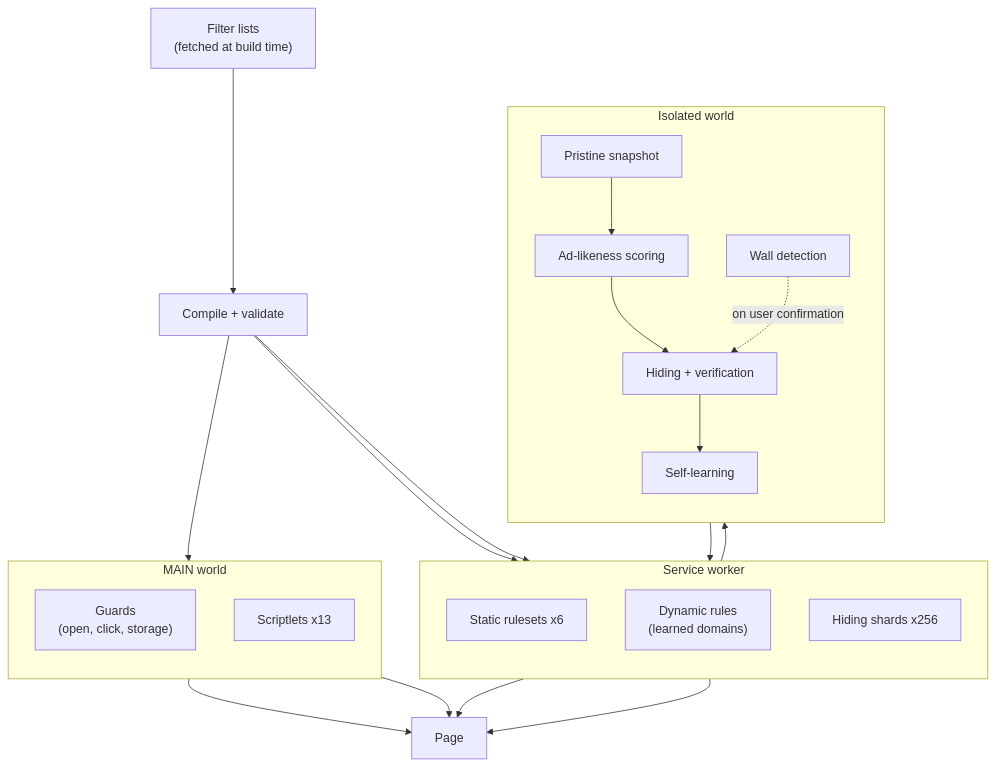
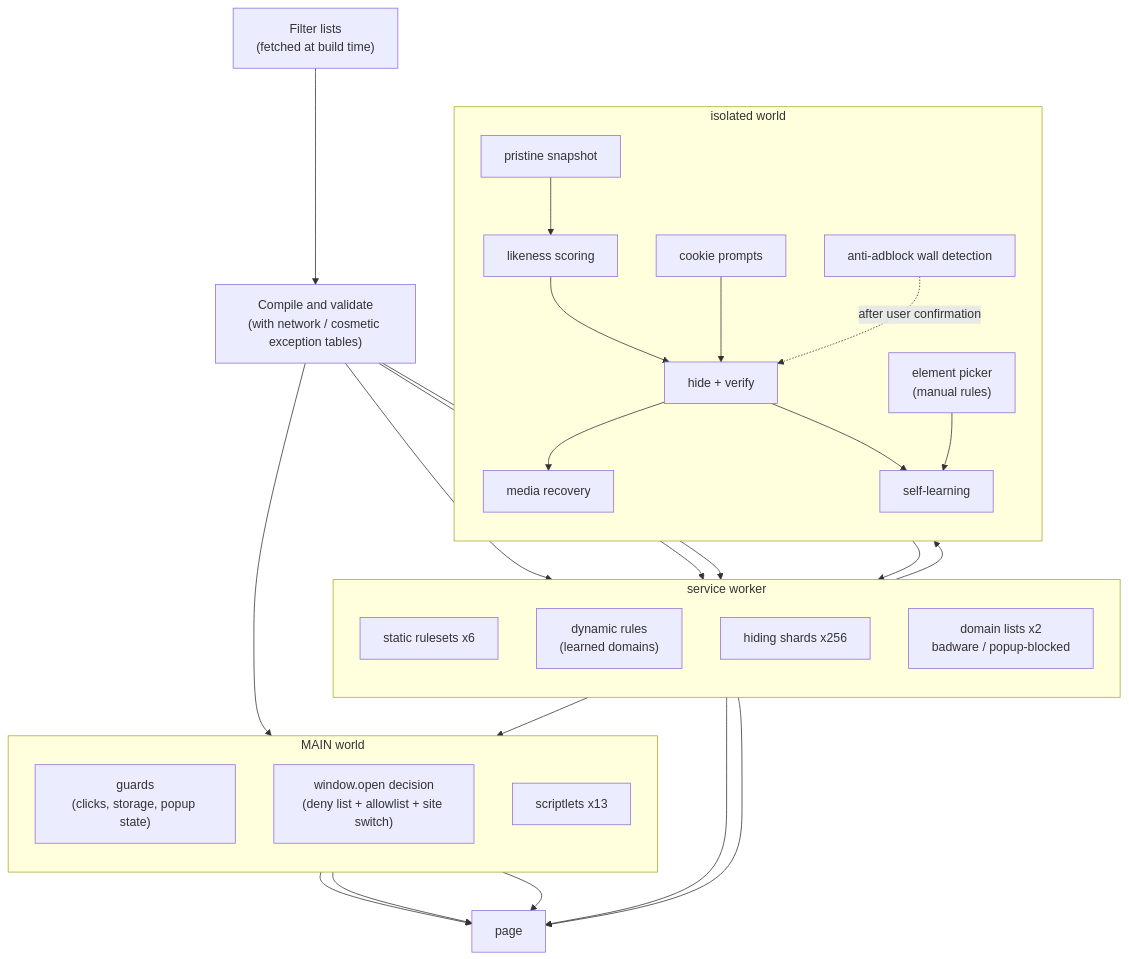
Before and after one commit to jfxia/AdBlow: the diagram in docs/diagrams/architecture-en.mmd, drawn with Mermaid. The commit also changed 16 other files, not shown here.

```diff
--- a/docs/diagrams/architecture-en.mmd
+++ b/docs/diagrams/architecture-en.mmd
@@ -1,43 +1,54 @@
 flowchart TB
   lists["Filter lists<br/>(fetched at build time)"]
-  compile["Compile + validate"]
+  compile["Compile and validate<br/>(with network / cosmetic exception tables)"]
   lists --> compile
 
-  subgraph sw["Service worker"]
+  subgraph sw["service worker"]
     direction TB
-    rules["Static rulesets x6"]
-    dynamic["Dynamic rules<br/>(learned domains)"]
-    shards["Hiding shards x256"]
+    rules["static rulesets x6"]
+    dynamic["dynamic rules<br/>(learned domains)"]
+    shards["hiding shards x256"]
+    domains["domain lists x2<br/>badware / popup-blocked"]
   end
 
-  subgraph iso["Isolated world"]
+  subgraph iso["isolated world"]
     direction TB
-    snapshot["Pristine snapshot"]
-    score["Ad-likeness scoring"]
-    hiding["Hiding + verification"]
-    learn["Self-learning"]
-    wall["Wall detection"]
+    snapshot["pristine snapshot"]
+    score["likeness scoring"]
+    hiding["hide + verify"]
+    recover["media recovery"]
+    learn["self-learning"]
+    consent["cookie prompts"]
+    wall["anti-adblock wall detection"]
+    picker["element picker<br/>(manual rules)"]
   end
 
   subgraph mw["MAIN world"]
     direction TB
-    guards["Guards<br/>(open, click, storage)"]
-    scriptlets["Scriptlets x13"]
+    guards["guards<br/>(clicks, storage, popup state)"]
+    popup["window.open decision<br/>(deny list + allowlist + site switch)"]
+    scriptlets["scriptlets x13"]
   end
 
-  page["Page"]
+  page["page"]
 
   compile --> rules
   compile --> shards
   compile --> scriptlets
+  compile --> domains
   shards --> hiding
+  domains --> popup
   snapshot --> score
   score --> hiding
+  hiding --> recover
   hiding --> learn
+  consent --> hiding
+  picker --> learn
   learn --> dynamic
-  wall -. "on user confirmation" .-> hiding
-  hiding ~~~ guards
+  wall -. "after user confirmation" .-> hiding
+  hiding ~~~ popup
   rules --> page
   dynamic --> page
   guards --> page
+  popup --> page
   scriptlets --> page
```
